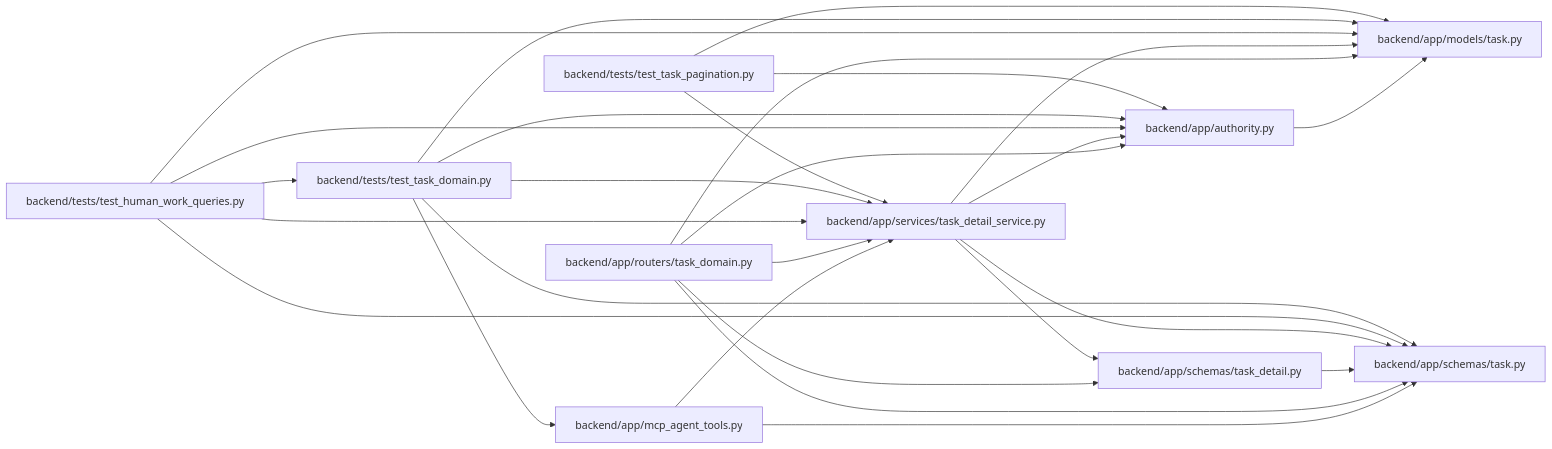
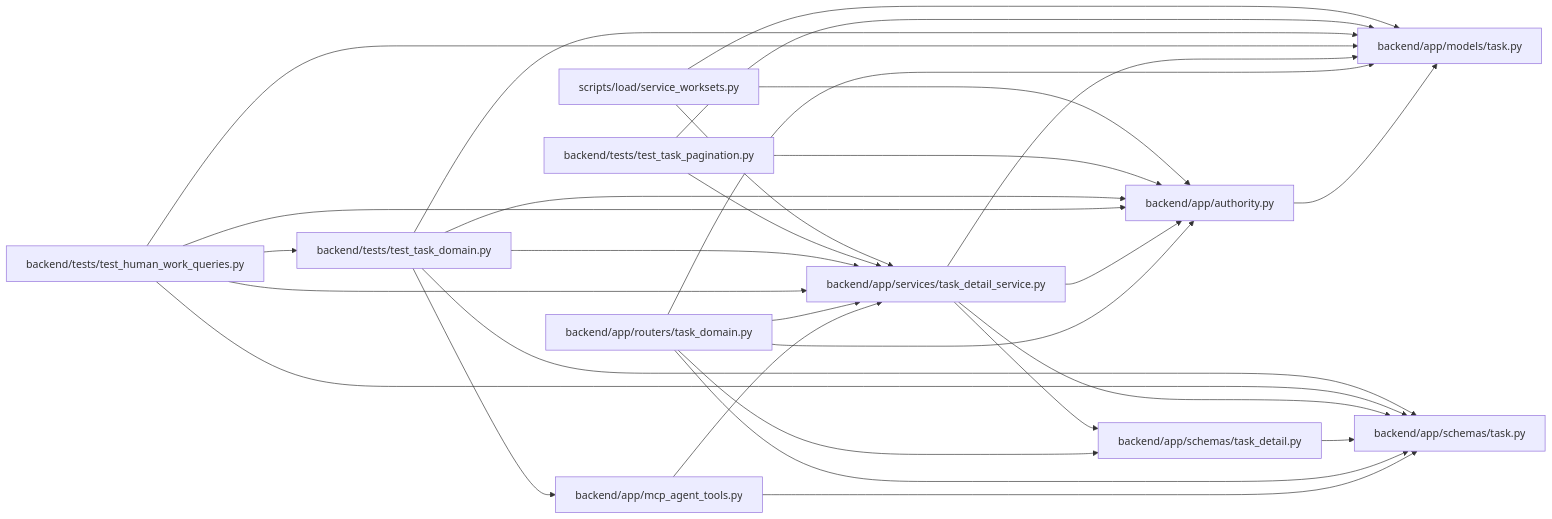
The diagram in docs/llm_wiki/modules/task_detail_service.md (Denissvgn/WorkChord), drawn with Mermaid before and after one commit. The commit also changed other lines of this file and 405 other files, not shown here.

````diff
--- a/docs/llm_wiki/modules/task_detail_service.md
+++ b/docs/llm_wiki/modules/task_detail_service.md
@@ -25,49 +25,54 @@
 ```mermaid
 flowchart LR
     n0["backend/app/authority.py"]
     n1["backend/app/mcp_agent_tools.py"]
     n2["backend/app/models/task.py"]
     n3["backend/app/routers/task_domain.py"]
     n4["backend/app/schemas/task.py"]
     n5["backend/app/schemas/task_detail.py"]
     n6["backend/app/services/task_detail_service.py"]
     n7["backend/tests/test_human_work_queries.py"]
     n8["backend/tests/test_task_domain.py"]
     n9["backend/tests/test_task_pagination.py"]
+    n10["scripts/load/service_worksets.py"]
     n0 --> n2
     n1 --> n4
     n1 --> n6
     n3 --> n0
     n3 --> n2
     n3 --> n4
     n3 --> n5
     n3 --> n6
     n5 --> n4
     n6 --> n0
     n6 --> n2
     n6 --> n4
     n6 --> n5
     n7 --> n0
     n7 --> n2
     n7 --> n4
     n7 --> n6
     n7 --> n8
     n8 --> n0
     n8 --> n1
     n8 --> n2
     n8 --> n4
     n8 --> n6
     n9 --> n0
     n9 --> n2
     n9 --> n6
+    n10 --> n0
+    n10 --> n2
+    n10 --> n6
     click n0 "../modules/authority.md"
     click n1 "../modules/mcp_agent_tools.md"
     click n2 "../modules/models_task.md"
     click n3 "../modules/routers_task_domain.md"
     click n4 "../modules/schemas_task.md"
     click n5 "../modules/task_detail.md"
     click n6 "../modules/task_detail_service.md"
     click n7 "../modules/test_human_work_queries.md"
     click n8 "../modules/test_task_domain.md"
     click n9 "../modules/test_task_pagination.md"
+    click n10 "../modules/service_worksets.md"
 ```
````
